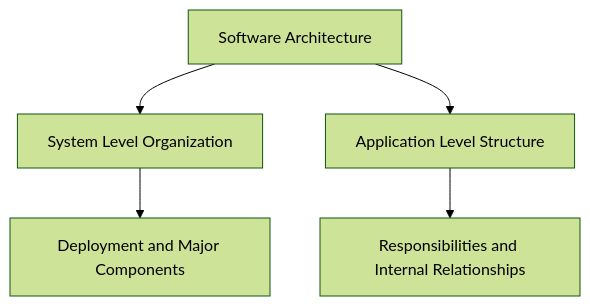
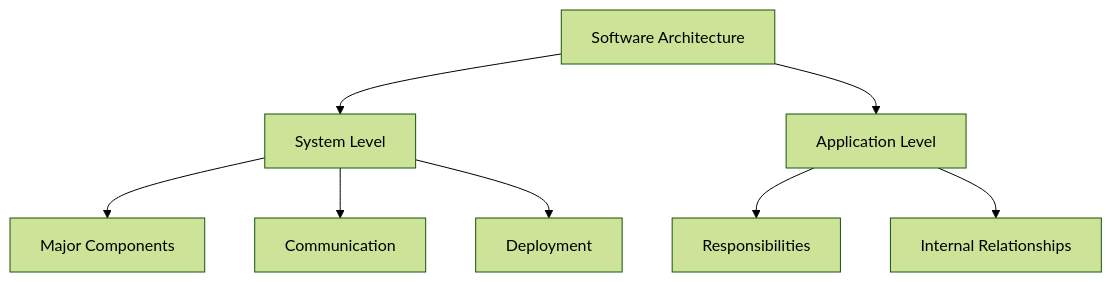
One commit to Rokiis1/Teaching-Materia changed the first of 13 diagrams in docs/en/software_architecture/architecture_fundamentals/1_level/1_level_architecture_fundamentals.md. Above: the diagram before and after it, drawn with Mermaid (forest theme). The commit also changed other lines of this file and 1 other file, not shown here.

````diff
--- a/docs/en/software_architecture/architecture_fundamentals/1_level/1_level_architecture_fundamentals.md
+++ b/docs/en/software_architecture/architecture_fundamentals/1_level/1_level_architecture_fundamentals.md
@@ -17,7 +16,11 @@
 ```mermaid
 flowchart TD
-    A["Software Architecture"] --> B["System Level Organization"]
-    A --> C["Application Level Structure"]
-    B --> D["Deployment and Major Components"]
-    C --> E["Responsibilities and Internal Relationships"]
+    A["Software Architecture"]
+    A --> B["System Level"]
+    B --> C["Major Components"]
+    B --> D["Communication"]
+    B --> E["Deployment"]
+    A --> F["Application Level"]
+    F --> G["Responsibilities"]
+    F --> H["Internal Relationships"]
 ```
````
